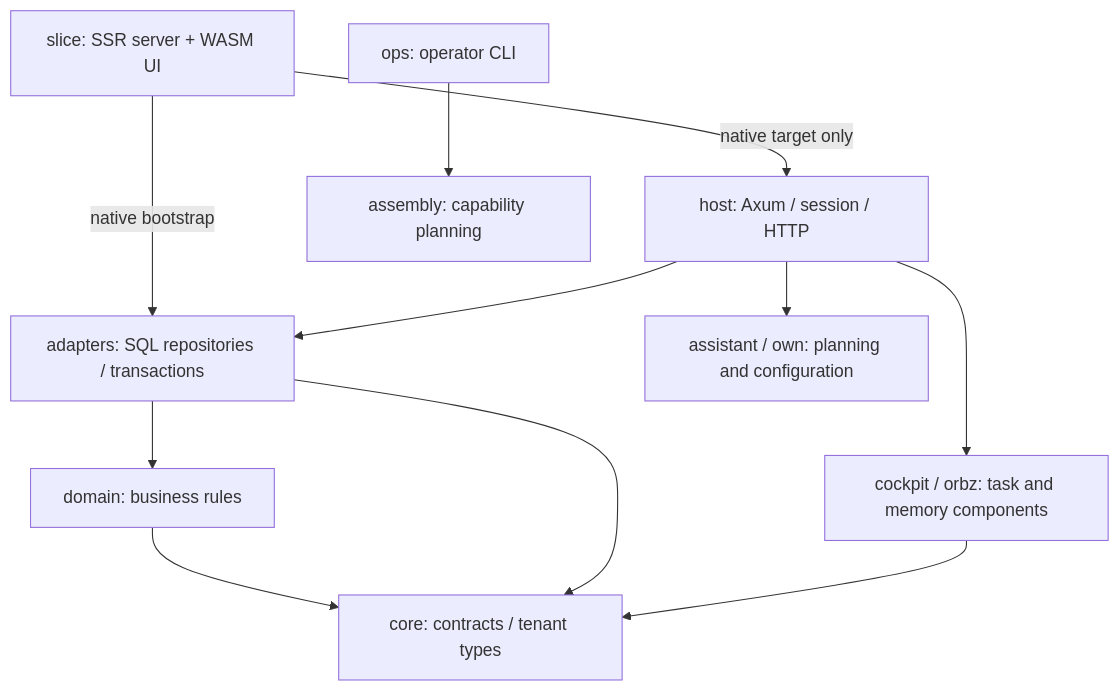
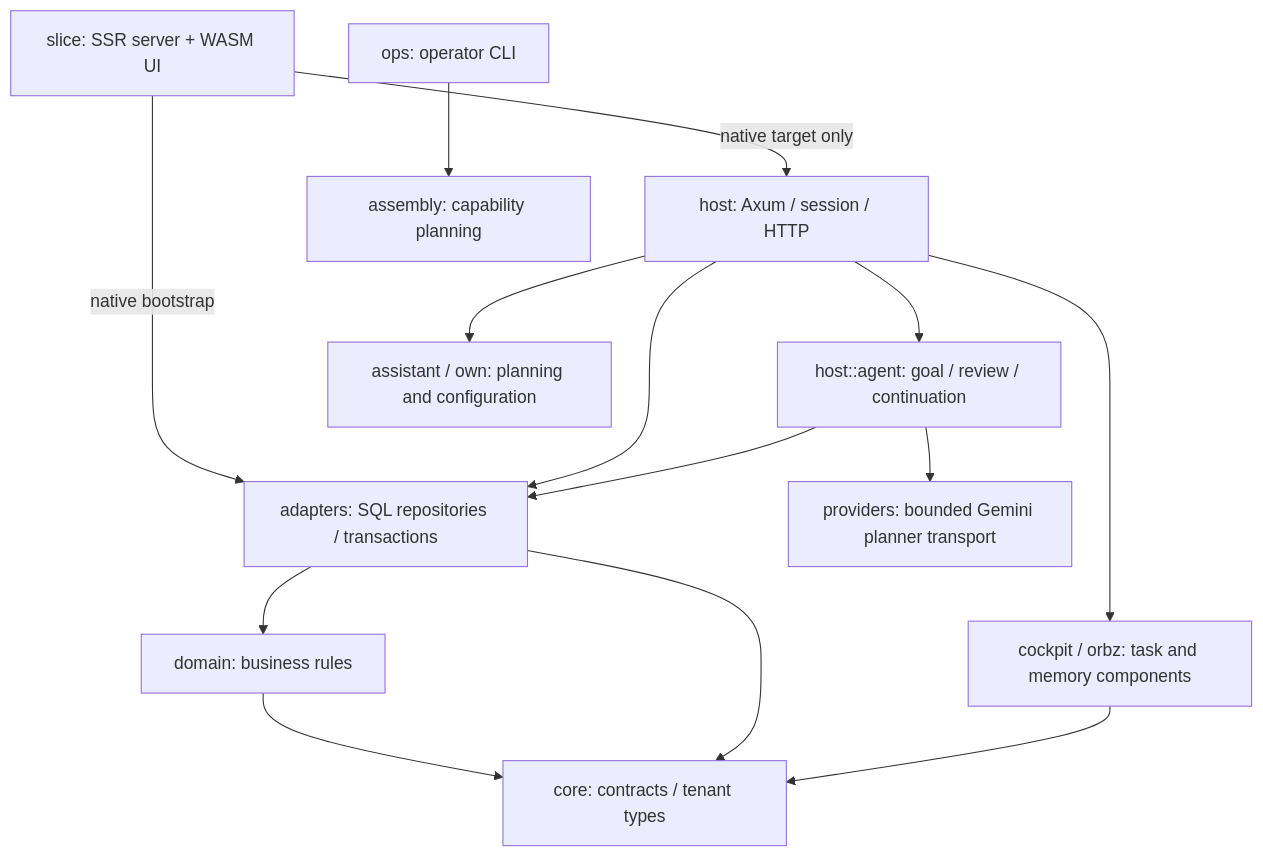
One commit to Archzxylabs/Archava changed the diagram in docs/architecture/README.md. Above: the diagram before and after it, drawn with Mermaid. The commit also changed other lines of this file and 439 other files, not shown here.

````diff
--- a/docs/architecture/README.md
+++ b/docs/architecture/README.md
@@ -13,13 +13,16 @@
 ```mermaid
 flowchart TD
     UI["slice: SSR server + WASM UI"] -->|"native target only"| Host["host: Axum / session / HTTP"]
     UI -->|"native bootstrap"| Adapters["adapters: SQL repositories / transactions"]
     Host --> Adapters
     Adapters --> Domain["domain: business rules"]
     Domain --> Core["core: contracts / tenant types"]
     Adapters --> Core
+    Host --> Goal["host::agent: goal / review / continuation"]
+    Goal --> Providers["providers: bounded Gemini planner transport"]
+    Goal --> Adapters
     Host --> Assistant["assistant / own: planning and configuration"]
     Host --> Agents["cockpit / orbz: task and memory components"]
     Agents --> Core
     Ops["ops: operator CLI"] --> Assembly["assembly: capability planning"]
 ```
````
